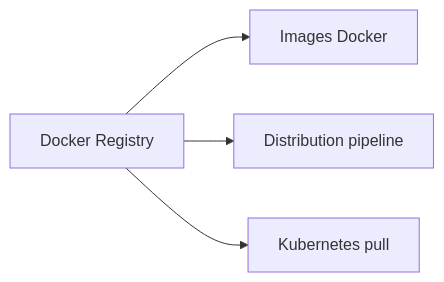
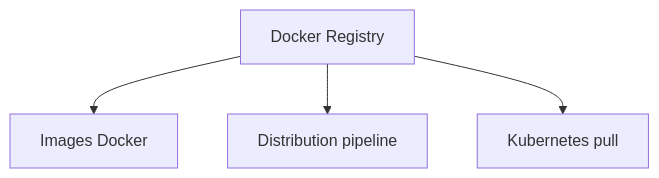
The tenth of 30 diagrams in docs/glossaire/devsecops.md (zyrass/omnydocs), drawn with Mermaid before and after one commit. The commit also changed other lines of this file and 1780 other files, not shown here.

````diff
--- a/docs/glossaire/devsecops.md
+++ b/docs/glossaire/devsecops.md
@@ -210,6 +252,6 @@
-    ```mermaid
-    graph LR
-        A[Docker Registry] --> B[Images Docker]
-        A --> C[Distribution pipeline]
-        A --> D[Kubernetes pull]
-    ```
+```mermaid
+graph TB
+    A[Docker Registry] --> B[Images Docker]
+    A --> C[Distribution pipeline]
+    A --> D[Kubernetes pull]
+```
````
